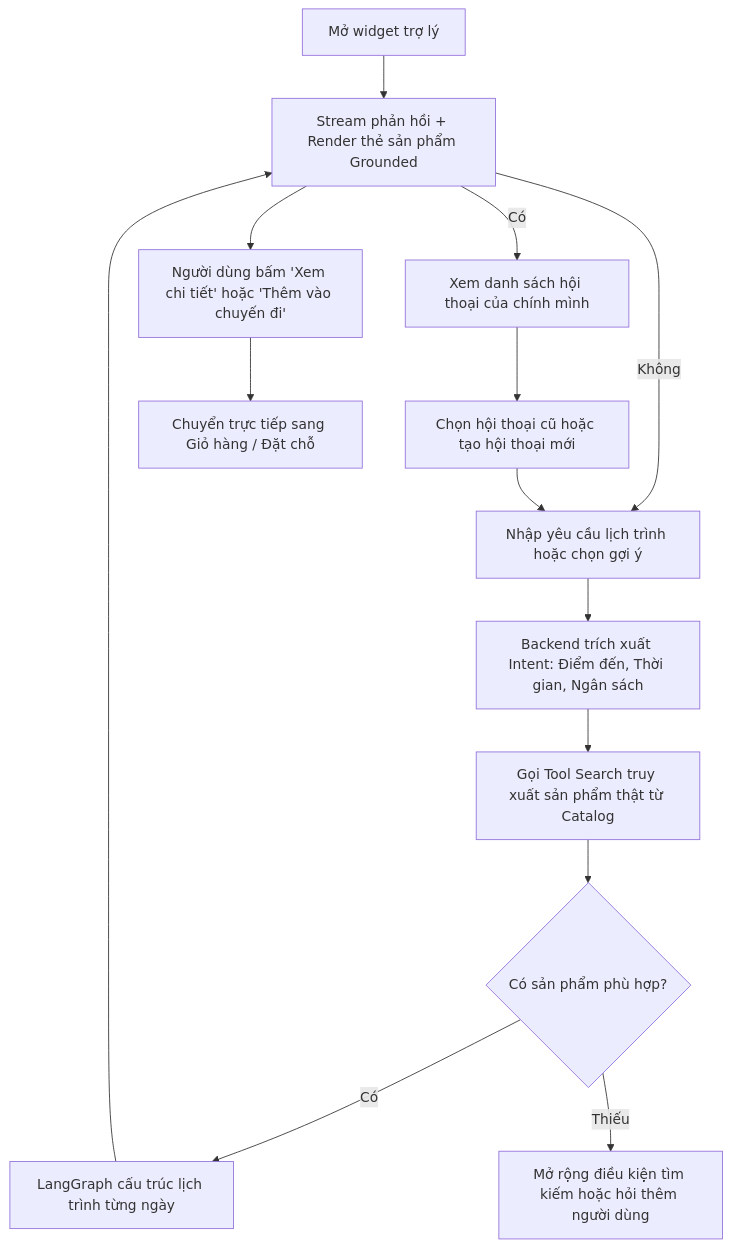
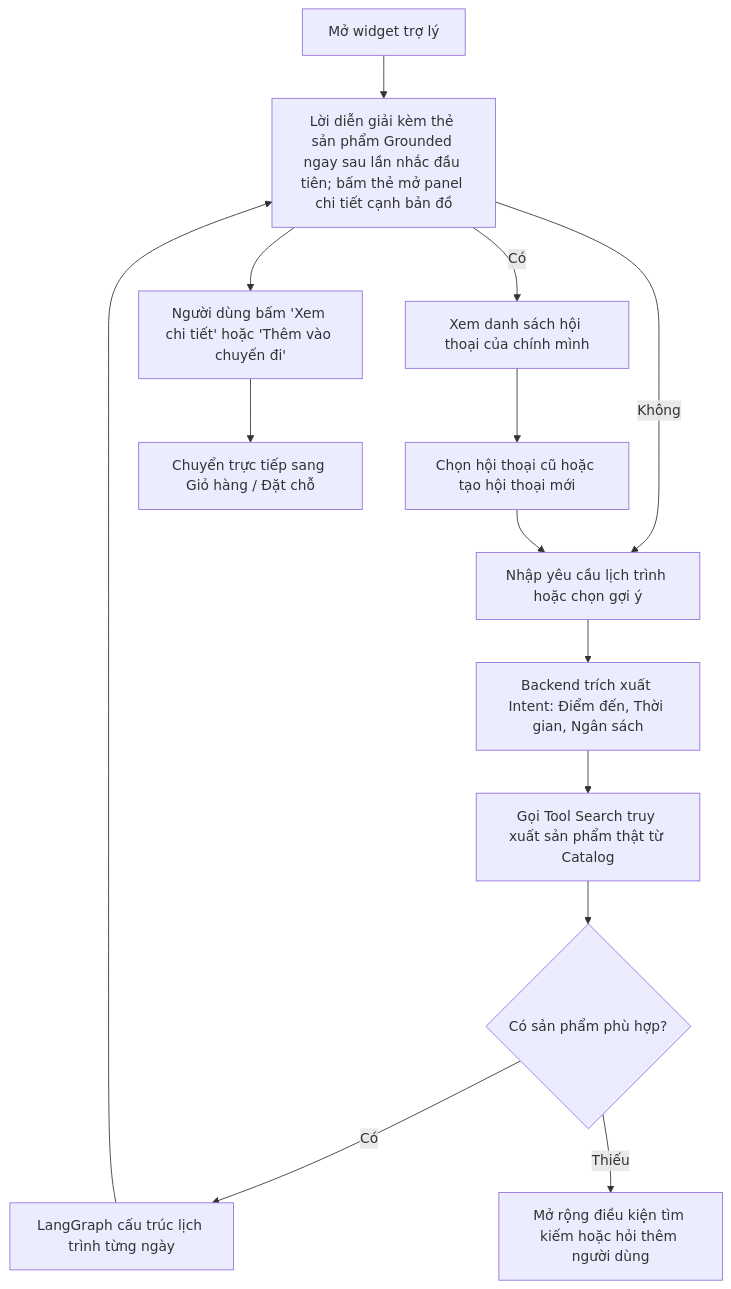
The second of 3 diagrams in docs/prd/user-flow.md (NguyenNhat4/Travel-Recommend-System), drawn with Mermaid before and after one commit. The commit also changed other lines of this file and 47 other files, not shown here.

First line of the commit message:
feat(agent): thẻ sản phẩm trong khung chat, panel chi tiết, FALLBACK nêu lý do thật

````diff
--- a/docs/prd/user-flow.md
+++ b/docs/prd/user-flow.md
@@ -67,16 +67,16 @@
 ```mermaid
 flowchart TD
     A[Mở widget trợ lý] --> H{Đã đăng nhập?}
     H -->|Có| L[Xem danh sách hội thoại của chính mình]
     L --> M[Chọn hội thoại cũ hoặc tạo hội thoại mới]
     H -->|Không| B[Nhập yêu cầu lịch trình hoặc chọn gợi ý]
     M --> B
     B --> C[Backend trích xuất Intent: Điểm đến, Thời gian, Ngân sách]
     C --> D[Gọi Tool Search truy xuất sản phẩm thật từ Catalog]
     D --> E{Có sản phẩm phù hợp?}
     E -->|Có| F[LangGraph cấu trúc lịch trình từng ngày]
     E -->|Thiếu| G[Mở rộng điều kiện tìm kiếm hoặc hỏi thêm người dùng]
-    F --> H[Stream phản hồi + Render thẻ sản phẩm Grounded]
+    F --> H["Lời diễn giải kèm thẻ sản phẩm Grounded ngay sau lần nhắc đầu tiên; bấm thẻ mở panel chi tiết cạnh bản đồ"]
     H --> I[Người dùng bấm 'Xem chi tiết' hoặc 'Thêm vào chuyến đi']
     I --> J[Chuyển trực tiếp sang Giỏ hàng / Đặt chỗ]
 ```
````
